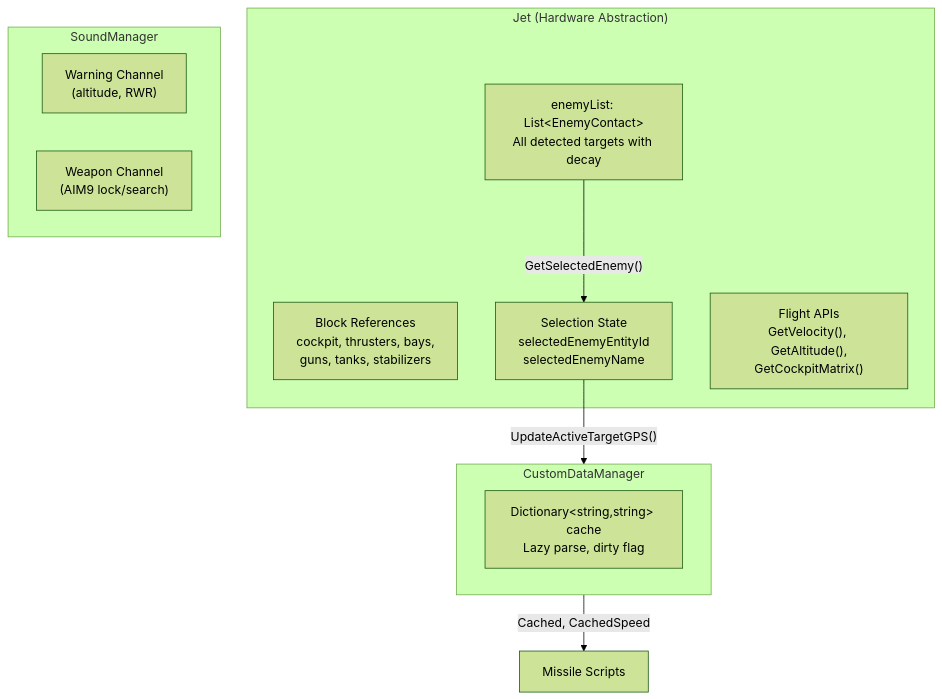
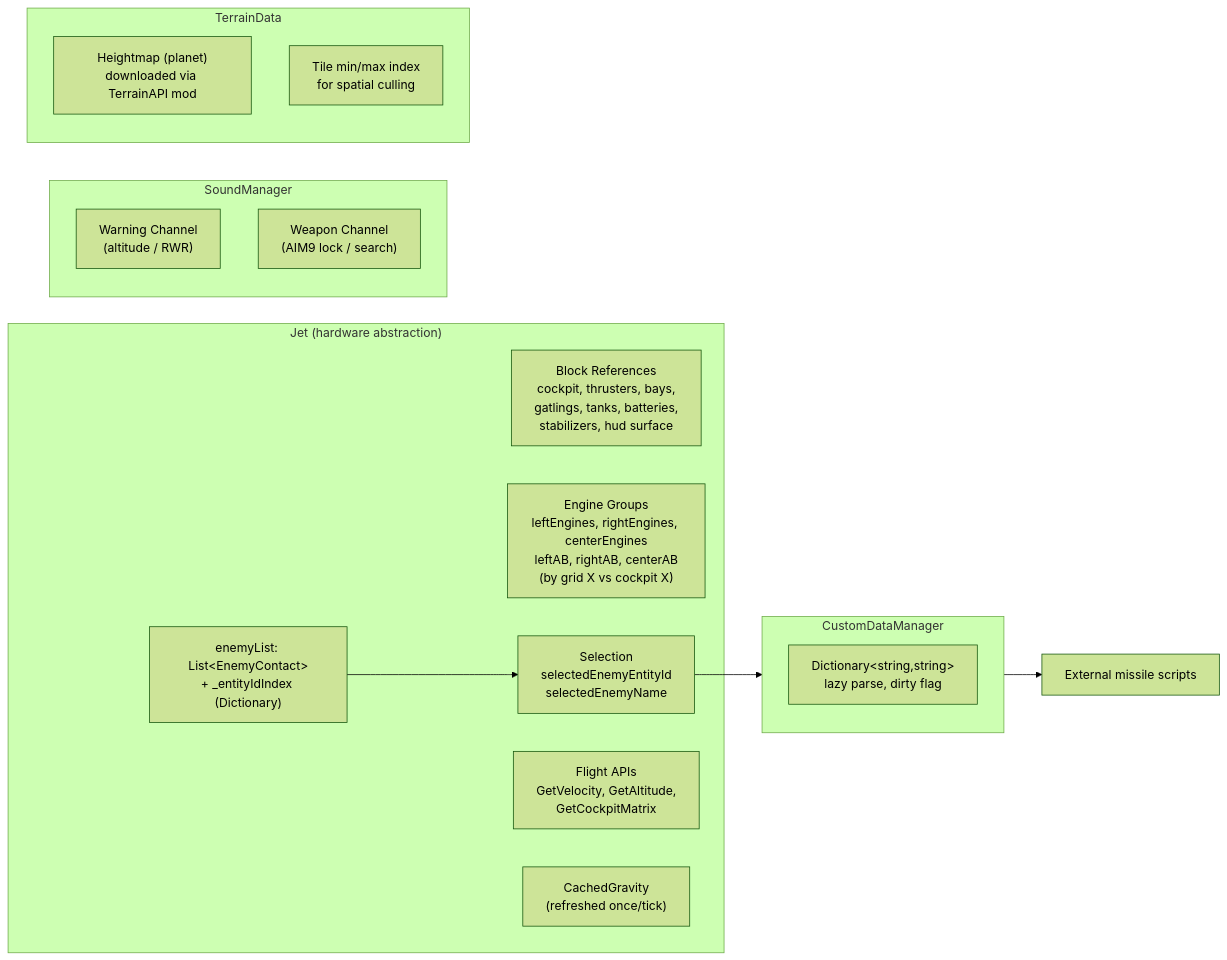
Before and after one commit to Terilia/JetOS: the fifth of 7 diagrams in docs/architecture.md, drawn with Mermaid (forest theme). The commit also changed other lines of this file and 23 other files, not shown here.

````diff
--- a/docs/architecture.md
+++ b/docs/architecture.md
@@ -150,22 +233,29 @@
 ```mermaid
-flowchart TD
-    subgraph Jet ["Jet (Hardware Abstraction)"]
-        BLOCKS["Block References\ncockpit, thrusters, bays,\nguns, tanks, stabilizers"]
-        ENEMIES["enemyList: List&lt;EnemyContact&gt;\nAll detected targets with decay"]
-        SELECT["Selection State\nselectedEnemyEntityId\nselectedEnemyName"]
-        FLIGHT["Flight APIs\nGetVelocity(), GetAltitude(),\nGetCockpitMatrix()"]
+flowchart LR
+    subgraph Jet ["Jet (hardware abstraction)"]
+        BL["Block References<br/>cockpit, thrusters, bays,<br/>gatlings, tanks, batteries,<br/>stabilizers, hud surface"]
+        EG["Engine Groups<br/>leftEngines, rightEngines, centerEngines<br/>leftAB, rightAB, centerAB<br/>(by grid X vs cockpit X)"]
+        EN["enemyList: List&lt;EnemyContact&gt;<br/>+ _entityIdIndex (Dictionary)"]
+        SE["Selection<br/>selectedEnemyEntityId<br/>selectedEnemyName"]
+        FA["Flight APIs<br/>GetVelocity, GetAltitude,<br/>GetCockpitMatrix"]
+        CG["CachedGravity<br/>(refreshed once/tick)"]
     end
 
     subgraph CDM ["CustomDataManager"]
-        CACHE["Dictionary&lt;string,string&gt; cache\nLazy parse, dirty flag"]
+        CACHE["Dictionary&lt;string,string&gt;<br/>lazy parse, dirty flag"]
     end
 
     subgraph SM ["SoundManager"]
-        WARN["Warning Channel\n(altitude, RWR)"]
-        WEAP["Weapon Channel\n(AIM9 lock/search)"]
+        WCH["Warning Channel<br/>(altitude / RWR)"]
+        WPH["Weapon Channel<br/>(AIM9 lock / search)"]
     end
 
-    ENEMIES --> |"GetSelectedEnemy()"| SELECT
-    SELECT --> |"UpdateActiveTargetGPS()"| CDM
-    CDM --> |"Cached, CachedSpeed"| MISSILES["Missile Scripts"]
+    subgraph TD ["TerrainData"]
+        HMAP["Heightmap (planet)<br/>downloaded via TerrainAPI mod"]
+        TIDX["Tile min/max index<br/>for spatial culling"]
+    end
+
+    EN --> SE
+    SE --> CDM
+    CDM --> EXTM["External missile scripts"]
 ```
````
